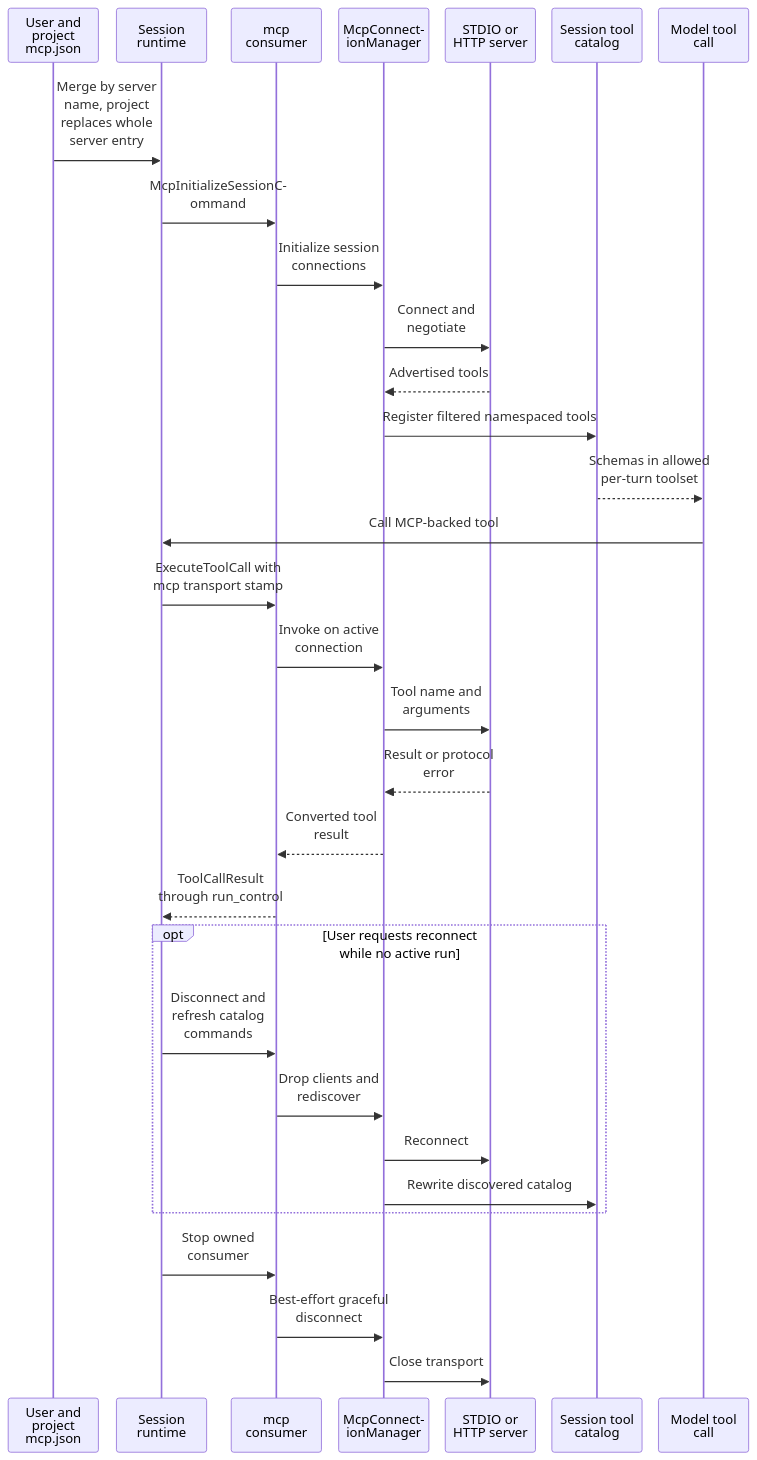
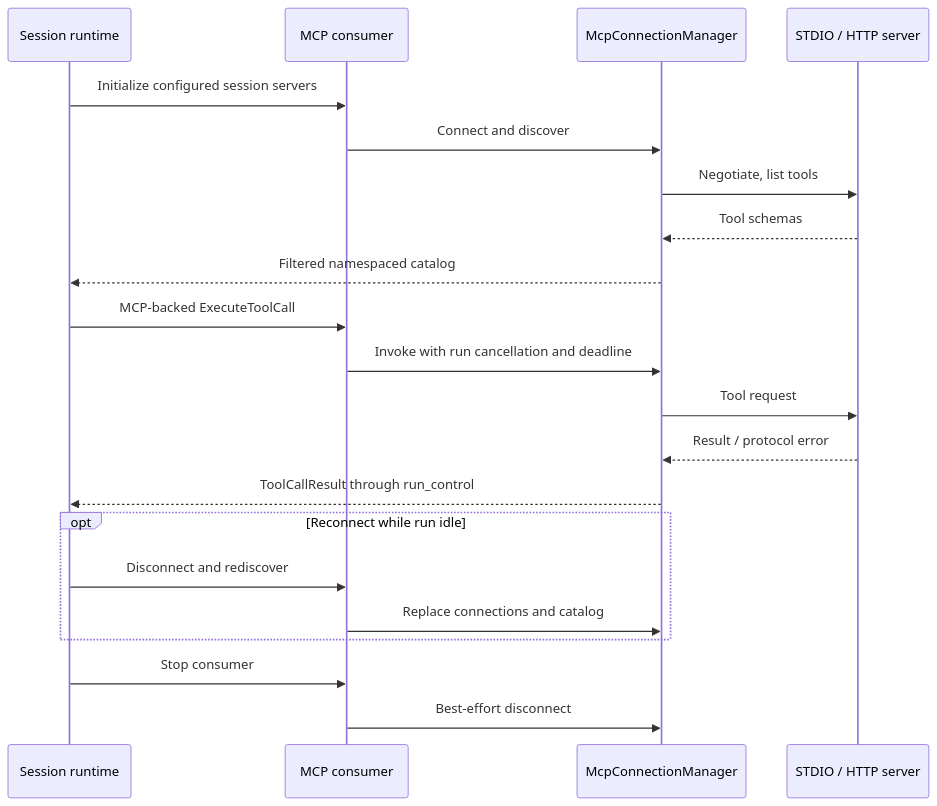
One commit to ineersa/agent-core changed the second of 2 diagrams in architecture/tools-and-mcp.md. Above: the diagram before and after it, drawn with Mermaid. The commit also changed other lines of this file and 43 other files, not shown here.

Commit message:
Refresh operational guides and runtime architecture documentation

````diff
--- a/architecture/tools-and-mcp.md
+++ b/architecture/tools-and-mcp.md
@@ -184,35 +72,23 @@
 ```mermaid
-%%{init: {"sequence": {"wrap": true, "width": 110, "actorMargin": 20, "diagramMarginX": 10, "messageMargin": 30}}}%%
 sequenceDiagram
-    participant Config as User and project mcp.json
     participant Runtime as Session runtime
-    participant Q as mcp consumer
+    participant MCP as MCP consumer
     participant Manager as McpConnectionManager
-    participant Server as STDIO or HTTP server
-    participant Catalog as Session tool catalog
-    participant Model as Model tool call
-
-    Config->>Runtime: Merge by server name, project replaces whole server entry
-    Runtime->>Q: McpInitializeSessionCommand
-    Q->>Manager: Initialize session connections
-    Manager->>Server: Connect and negotiate
-    Server-->>Manager: Advertised tools
-    Manager->>Catalog: Register filtered namespaced tools
-    Catalog-->>Model: Schemas in allowed per-turn toolset
-    Model->>Runtime: Call MCP-backed tool
-    Runtime->>Q: ExecuteToolCall with mcp transport stamp
-    Q->>Manager: Invoke on active connection
-    Manager->>Server: Tool name and arguments
-    Server-->>Manager: Result or protocol error
-    Manager-->>Q: Converted tool result
-    Q-->>Runtime: ToolCallResult through run_control
-    opt User requests reconnect while no active run
-        Runtime->>Q: Disconnect and refresh catalog commands
-        Q->>Manager: Drop clients and rediscover
-        Manager->>Server: Reconnect
-        Manager->>Catalog: Rewrite discovered catalog
+    participant Server as STDIO / HTTP server
+    Runtime->>MCP: Initialize configured session servers
+    MCP->>Manager: Connect and discover
+    Manager->>Server: Negotiate, list tools
+    Server-->>Manager: Tool schemas
+    Manager-->>Runtime: Filtered namespaced catalog
+    Runtime->>MCP: MCP-backed ExecuteToolCall
+    MCP->>Manager: Invoke with run cancellation and deadline
+    Manager->>Server: Tool request
+    Server-->>Manager: Result / protocol error
+    Manager-->>Runtime: ToolCallResult through run_control
+    opt Reconnect while run idle
+        Runtime->>MCP: Disconnect and rediscover
+        MCP->>Manager: Replace connections and catalog
     end
-    Runtime->>Q: Stop owned consumer
-    Q->>Manager: Best-effort graceful disconnect
-    Manager->>Server: Close transport
+    Runtime->>MCP: Stop consumer
+    MCP->>Manager: Best-effort disconnect
 ```
````
